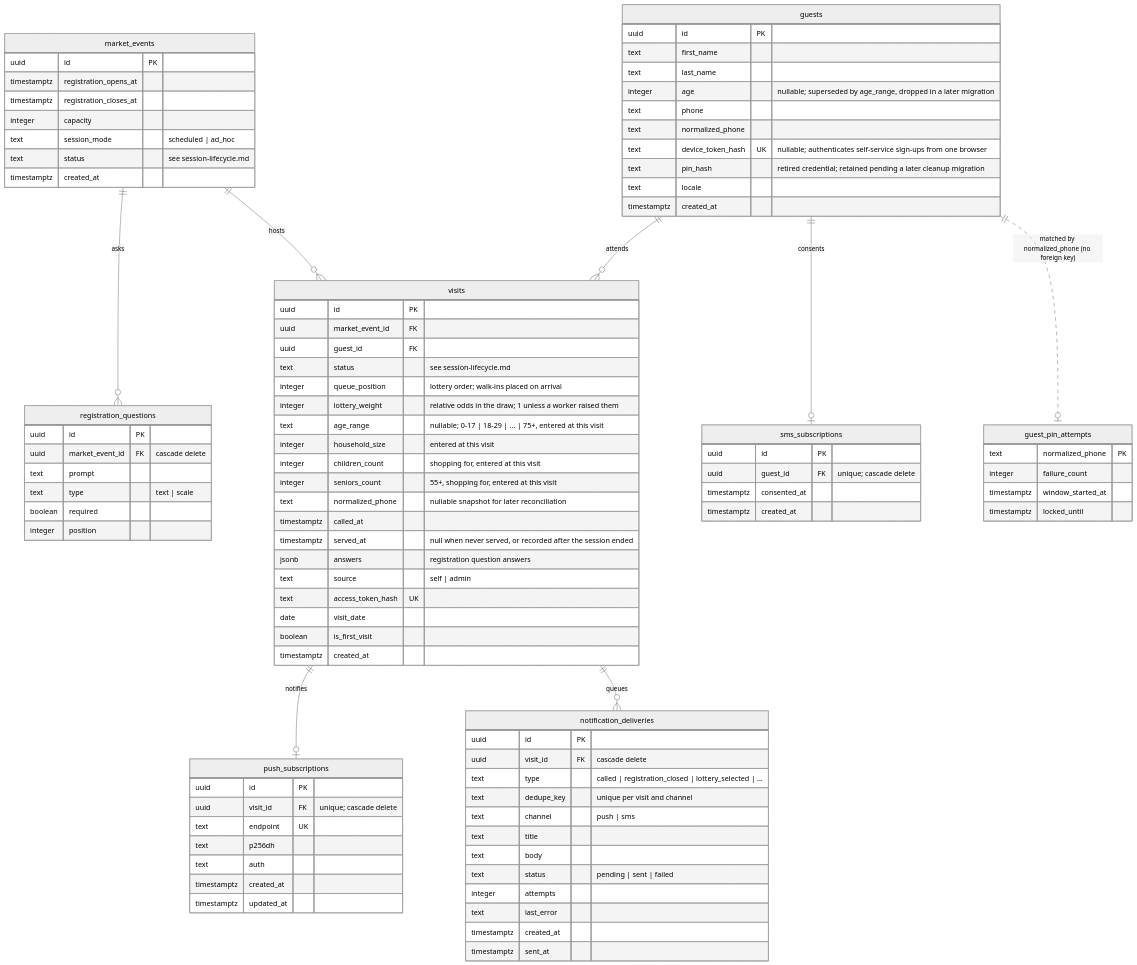
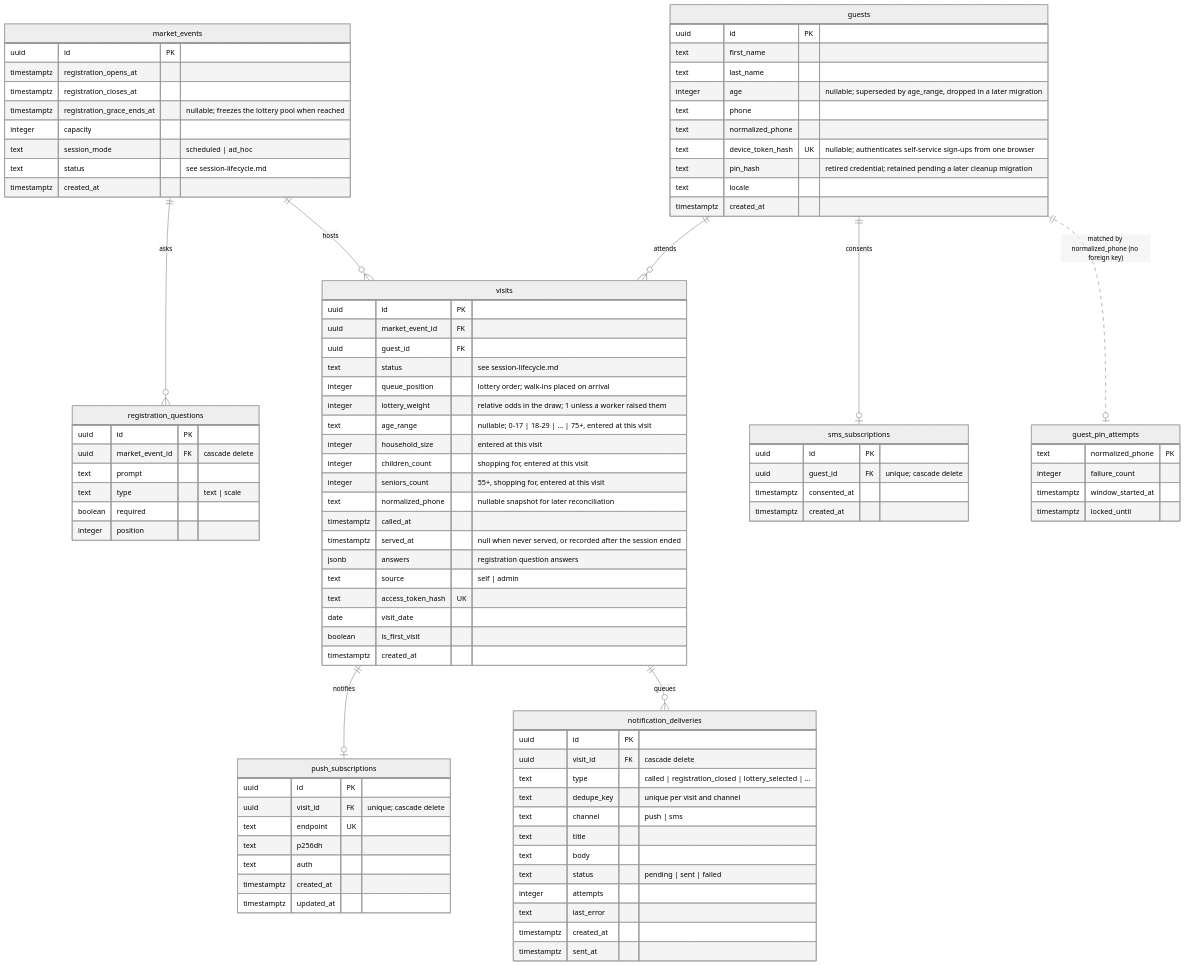
One commit to bay-compassion/food-market-app changed the diagram in docs/data-model.md. Above: the diagram before and after it, drawn with Mermaid (neutral theme). The commit also changed other lines of this file and 86 other files, not shown here.

```diff
--- a/docs/data-model.md
+++ b/docs/data-model.md
@@ -27,6 +27,7 @@
         uuid id PK
         timestamptz registration_opens_at
         timestamptz registration_closes_at
+        timestamptz registration_grace_ends_at "nullable; freezes the lottery pool when reached"
         integer capacity
         text session_mode "scheduled | ad_hoc"
         text status "see session-lifecycle.md"
```
